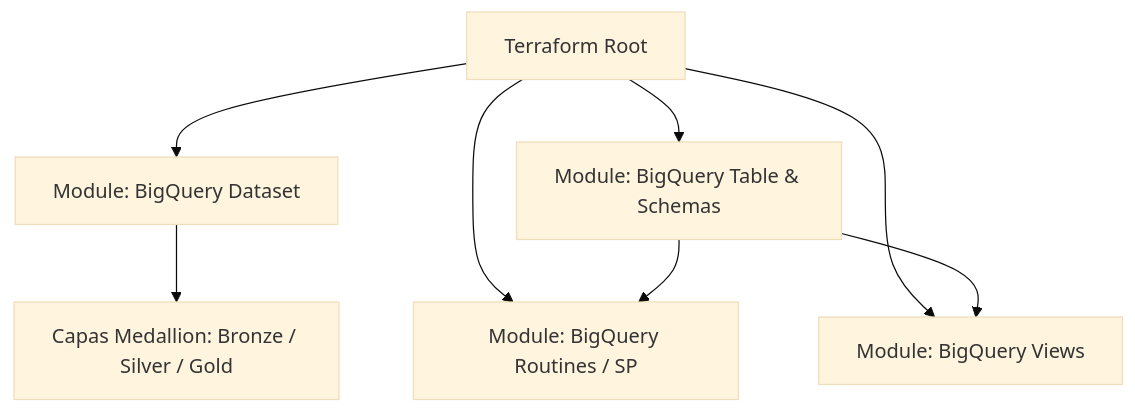
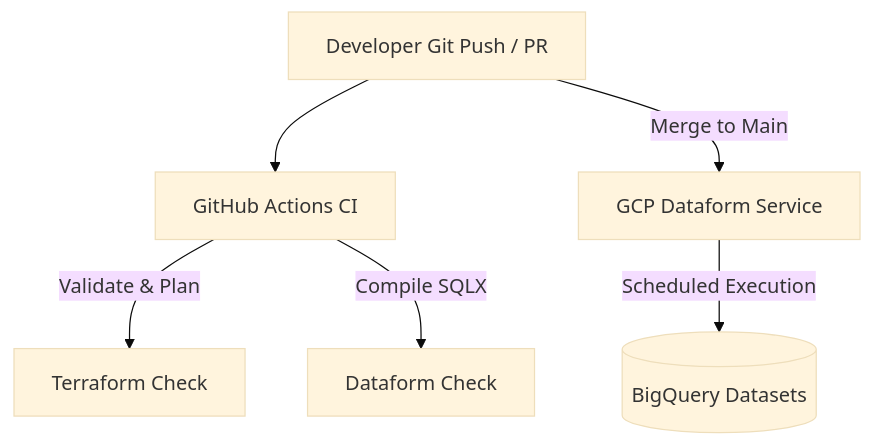
The second of 2 diagrams in README.md (Echeverria29/Terraform_Dataform_GitHub_CI_CD_GCP), drawn with Mermaid (base theme) before and after one commit. The commit also changed other lines of this file, not shown here.

Commit message:
feat: enhance README.md with detailed architecture and CI/CD flow descriptions

````diff
--- a/README.md
+++ b/README.md
@@ -27,11 +26,9 @@
 ```mermaid
 graph TD
-    A[Terraform Root] --> B[Module: BigQuery Dataset]
-    A --> C[Module: BigQuery Table & Schemas]
-    A --> D[Module: BigQuery Routines / SP]
-    A --> E[Module: BigQuery Views]
-
-    B --> F[Capas Medallion: Bronze / Silver / Gold]
-    C --> D
-    C --> E
+    A[Developer Git Push / PR] --> B[GitHub Actions CI]
+    B -->|Validate & Plan| C[Terraform Check]
+    B -->|Compile SQLX| D[Dataform Check]
+    
+    A -->|Merge to Main| E[GCP Dataform Service]
+    E -->|Scheduled Execution| F[(BigQuery Datasets)]
 ```
````
